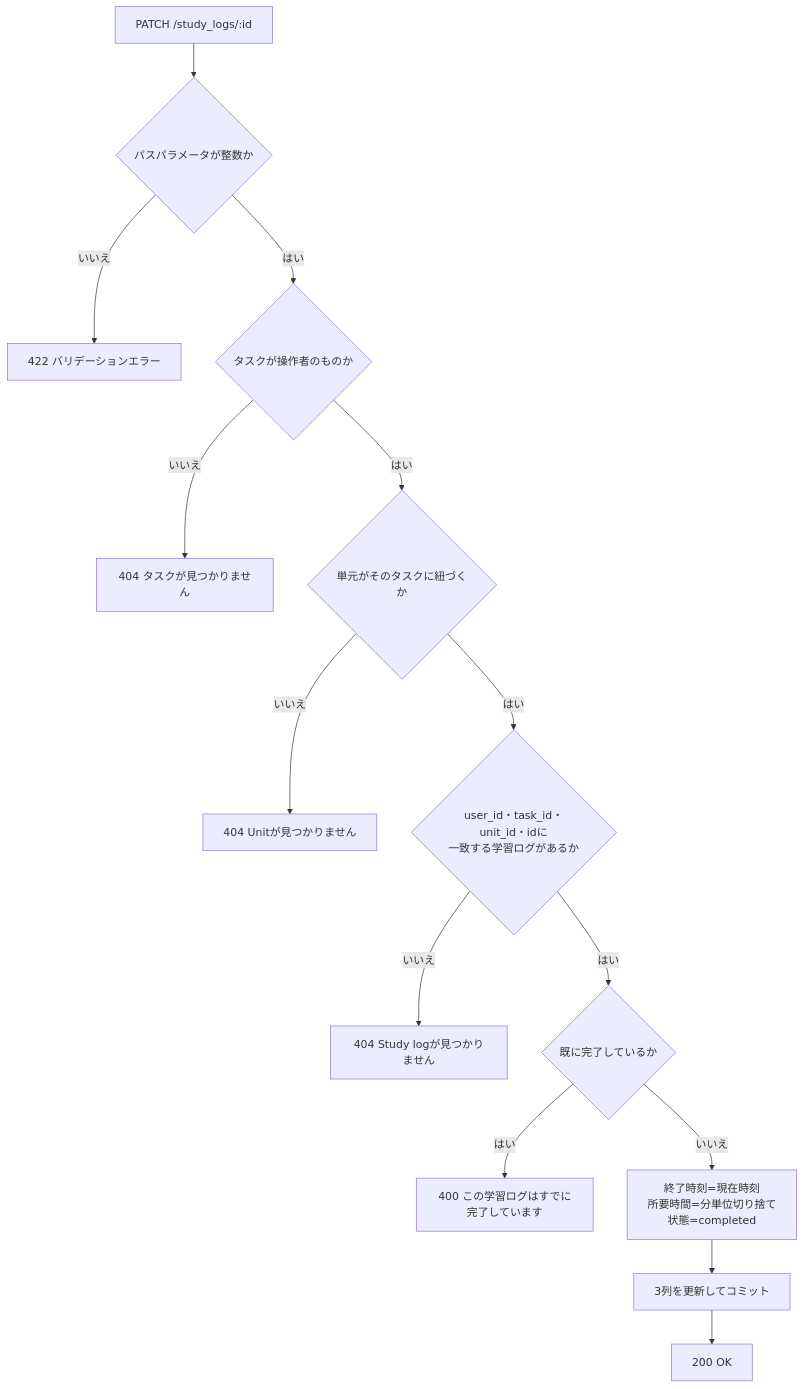
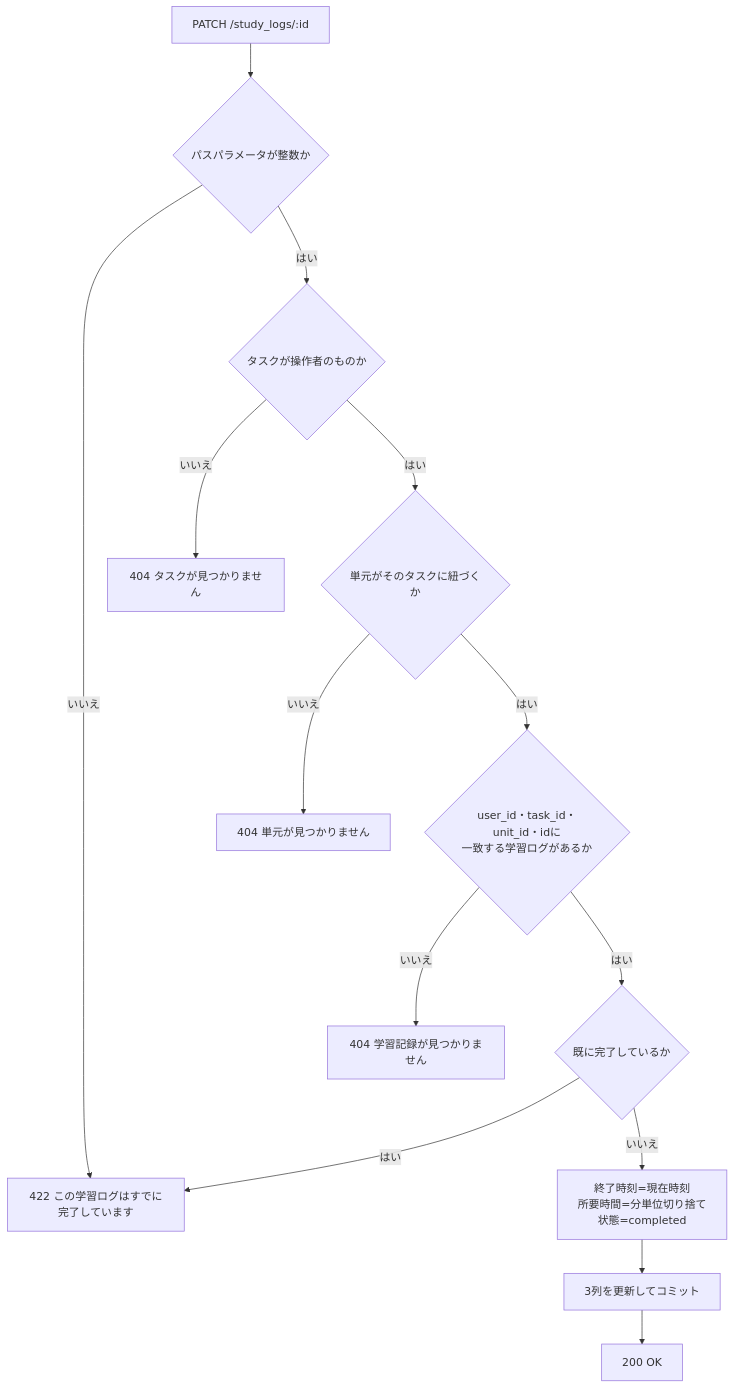
Before and after one commit to yuta20253/edu-platform-go-design: the fifth of 5 diagrams in 計画書/Go実装仕様書/学習ログ機能_Go実装仕様書.md, drawn with Mermaid. The commit also changed other lines of this file and 42 other files, not shown here.

````diff
--- a/計画書/Go実装仕様書/学習ログ機能_Go実装仕様書.md
+++ b/計画書/Go実装仕様書/学習ログ機能_Go実装仕様書.md
@@ -354,16 +354,16 @@
 ```mermaid
 flowchart TD
     A[PATCH /study_logs/:id] --> B{パスパラメータが整数か}
     B -- いいえ --> E422[422 バリデーションエラー]
     B -- はい --> C{タスクが操作者のものか}
     C -- いいえ --> E404T[404 タスクが見つかりません]
     C -- はい --> D{単元がそのタスクに紐づくか}
-    D -- いいえ --> E404U[404 Unitが見つかりません]
+    D -- いいえ --> E404U[404 単元が見つかりません]
     D -- はい --> F{user_id・task_id・unit_id・idに<br/>一致する学習ログがあるか}
-    F -- いいえ --> E404S[404 Study logが見つかりません]
+    F -- いいえ --> E404S[404 学習記録が見つかりません]
     F -- はい --> G{既に完了しているか}
-    G -- はい --> E400[400 この学習ログはすでに完了しています]
+    G -- はい --> E422[422 この学習ログはすでに完了しています]
     G -- いいえ --> H[終了時刻=現在時刻<br/>所要時間=分単位切り捨て<br/>状態=completed]
     H --> I[3列を更新してコミット]
     I --> J[200 OK]
 ```
````
